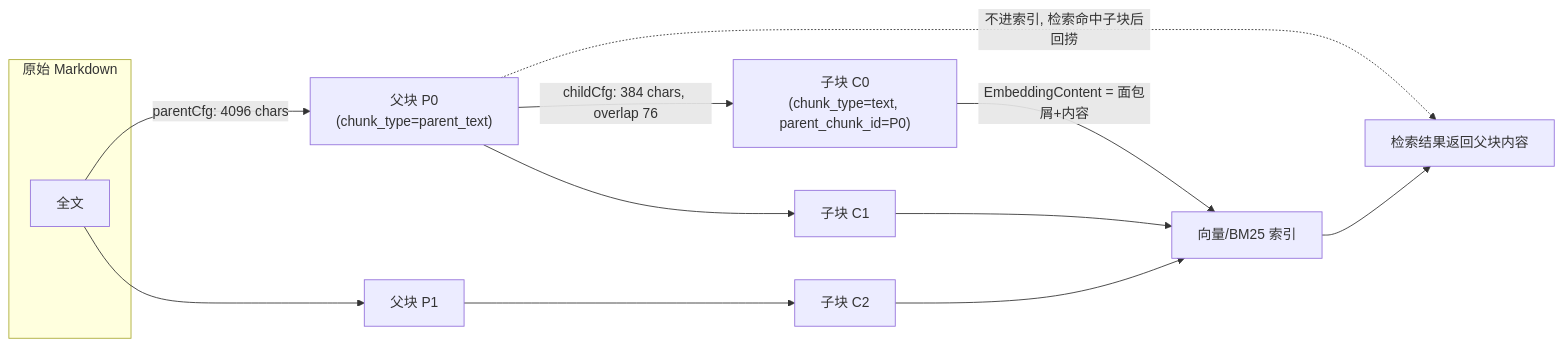
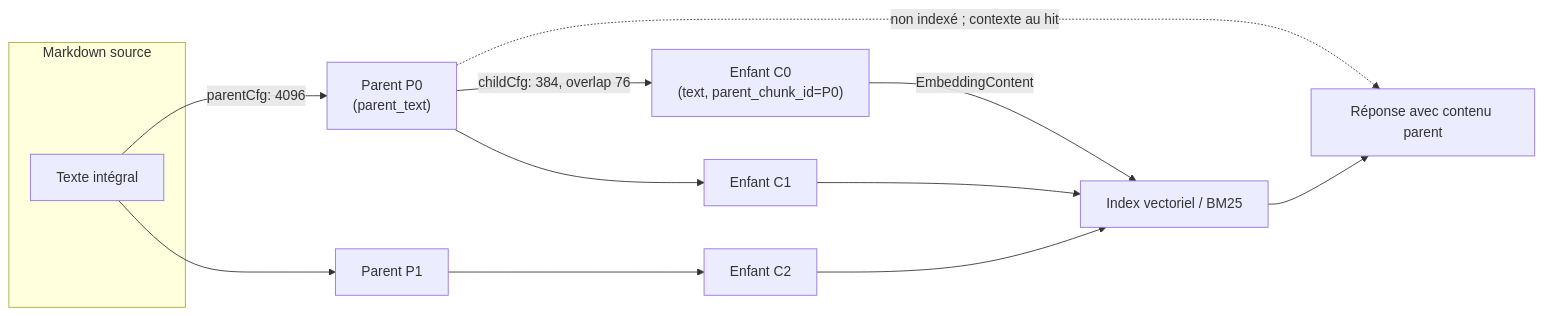
Before and after one commit to samiriggui-code/gsms-template: the second of 2 diagrams in website-docs/03-features/04-chunking.md, drawn with Mermaid. The commit also changed other lines of this file and 301 other files, not shown here.

````diff
--- a/website-docs/03-features/04-chunking.md
+++ b/website-docs/03-features/04-chunking.md
@@ -290,16 +266,16 @@
 ```mermaid
 flowchart LR
-    subgraph Doc["原始 Markdown"]
-        T["全文"]
+    subgraph Doc["Markdown source"]
+        T["Texte intégral"]
     end
-    T -->|"parentCfg: 4096 chars"| P1["父块 P0<br/>(chunk_type=parent_text)"]
-    T --> P2["父块 P1"]
-    P1 -->|"childCfg: 384 chars, overlap 76"| C1["子块 C0<br/>(chunk_type=text, parent_chunk_id=P0)"]
-    P1 --> C2["子块 C1"]
-    P2 --> C3["子块 C2"]
-    C1 -->|"EmbeddingContent = 面包屑+内容"| V["向量/BM25 索引"]
+    T -->|"parentCfg: 4096"| P1["Parent P0<br/>(parent_text)"]
+    T --> P2["Parent P1"]
+    P1 -->|"childCfg: 384, overlap 76"| C1["Enfant C0<br/>(text, parent_chunk_id=P0)"]
+    P1 --> C2["Enfant C1"]
+    P2 --> C3["Enfant C2"]
+    C1 -->|"EmbeddingContent"| V["Index vectoriel / BM25"]
     C2 --> V
     C3 --> V
-    P1 -.->|"不进索引, 检索命中子块后回捞"| R["检索结果返回父块内容"]
+    P1 -.->|"non indexé ; contexte au hit"| R["Réponse avec contenu parent"]
     V --> R
 ```
````
